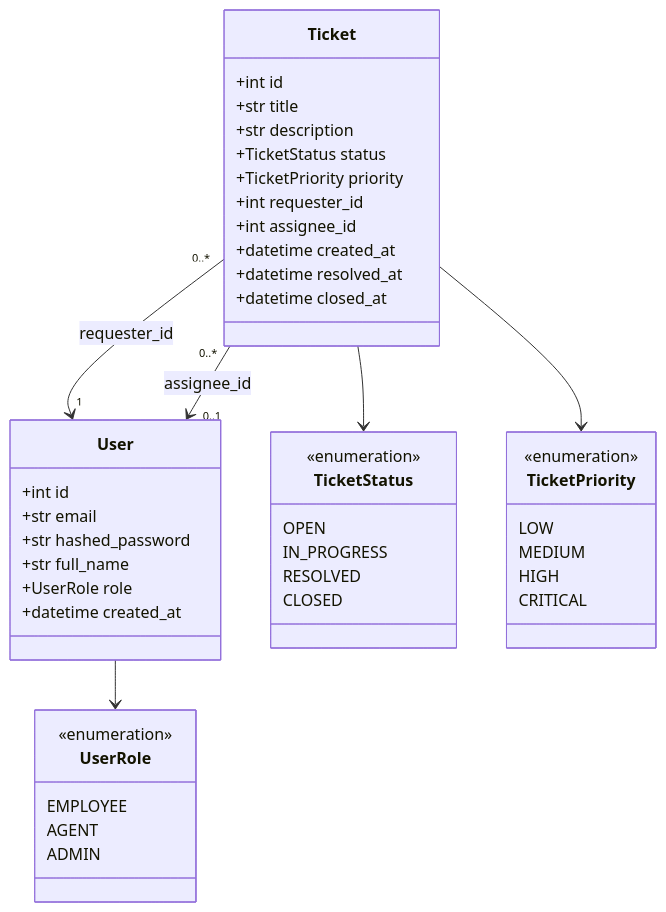
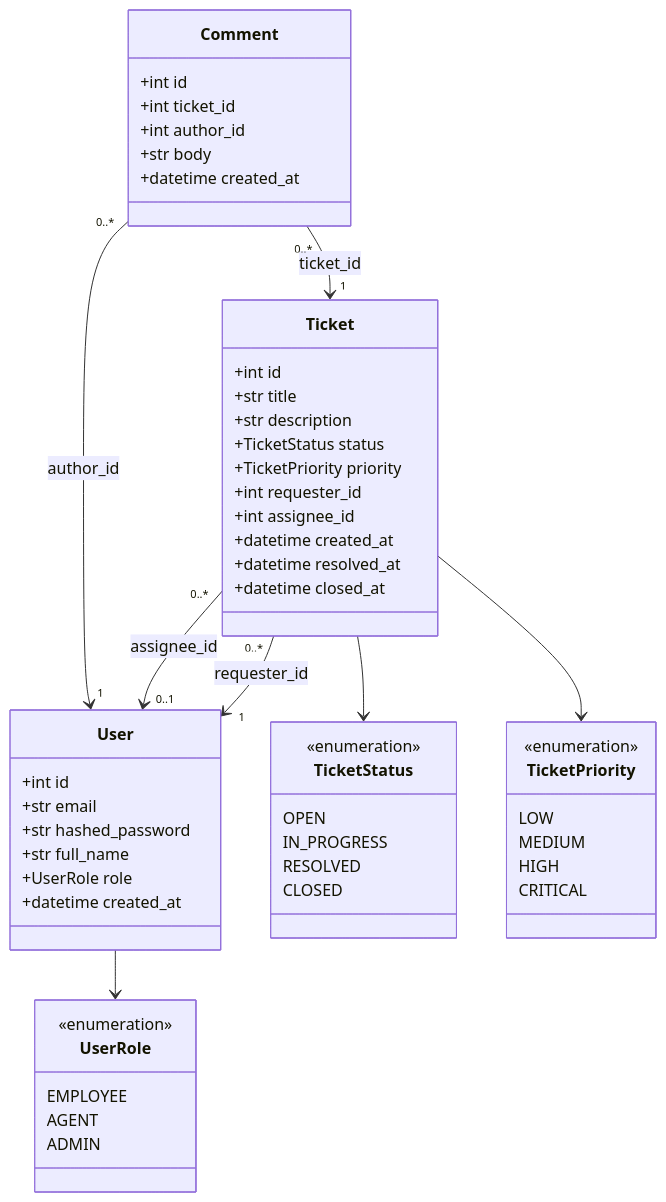
Before and after one commit to okankpl/SmartDesk: the second of 4 diagrams in docs/architektur-und-konzepte.md, drawn with Mermaid. The commit also changed other lines of this file and 17 other files, not shown here.

````diff
--- a/docs/architektur-und-konzepte.md
+++ b/docs/architektur-und-konzepte.md
@@ -205,49 +214,58 @@
 ```mermaid
 classDiagram
     class User {
         +int id
         +str email
         +str hashed_password
         +str full_name
         +UserRole role
         +datetime created_at
     }
     class Ticket {
         +int id
         +str title
         +str description
         +TicketStatus status
         +TicketPriority priority
         +int requester_id
         +int assignee_id
         +datetime created_at
         +datetime resolved_at
         +datetime closed_at
+    }
+    class Comment {
+        +int id
+        +int ticket_id
+        +int author_id
+        +str body
+        +datetime created_at
     }
     class UserRole {
         <<enumeration>>
         EMPLOYEE
         AGENT
         ADMIN
     }
     class TicketStatus {
         <<enumeration>>
         OPEN
         IN_PROGRESS
         RESOLVED
         CLOSED
     }
     class TicketPriority {
         <<enumeration>>
         LOW
         MEDIUM
         HIGH
         CRITICAL
     }
 
     Ticket "0..*" --> "1" User : requester_id
     Ticket "0..*" --> "0..1" User : assignee_id
+    Comment "0..*" --> "1" Ticket : ticket_id
+    Comment "0..*" --> "1" User : author_id
     User --> UserRole
     Ticket --> TicketStatus
     Ticket --> TicketPriority
 ```
````
